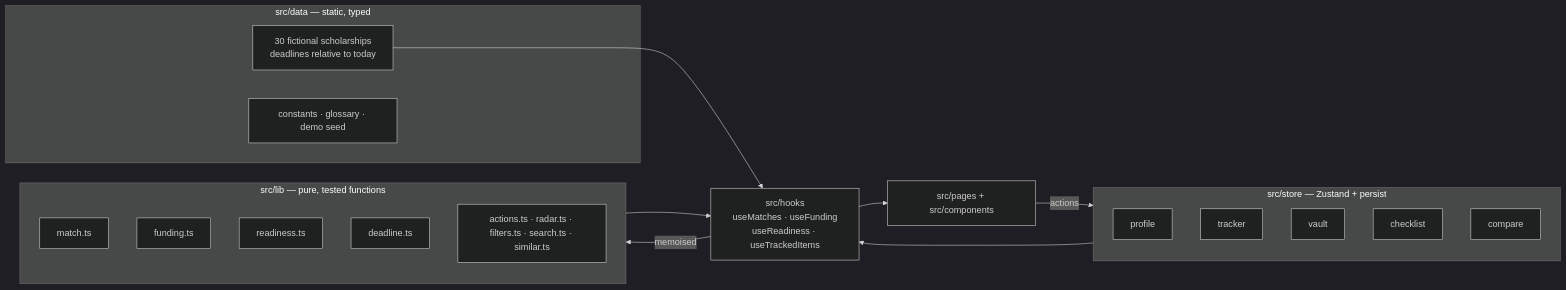
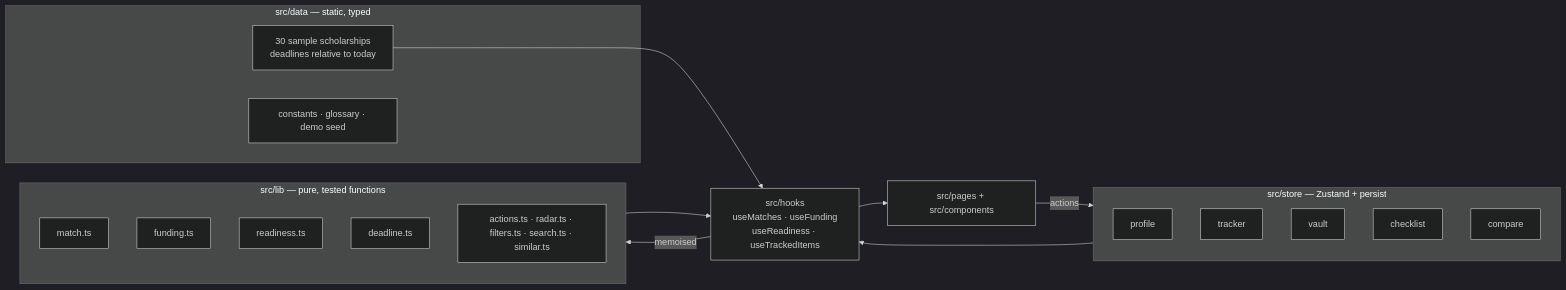
The diagram in README.md (aayushsinghthapa-cloud/grantly), drawn with Mermaid (dark theme) before and after one commit. The commit also changed other lines of this file and 37 other files, not shown here.

````diff
--- a/README.md
+++ b/README.md
@@ -144,30 +170,30 @@
 ```mermaid
 flowchart LR
   subgraph Data["src/data — static, typed"]
-    S[30 fictional scholarships<br/>deadlines relative to today]
+    S[30 sample scholarships<br/>deadlines relative to today]
     C[constants · glossary · demo seed]
   end
   subgraph Store["src/store — Zustand + persist"]
     P[profile]
     T[tracker]
     V[vault]
     K[checklist]
     X[compare]
   end
   subgraph Lib["src/lib — pure, tested functions"]
     M[match.ts]
     F[funding.ts]
     R[readiness.ts]
     D[deadline.ts]
     A[actions.ts · radar.ts · filters.ts · search.ts · similar.ts]
   end
   H[src/hooks<br/>useMatches · useFunding<br/>useReadiness · useTrackedItems]
   UI[src/pages + src/components]
 
   S --> H
   Store --> H
   H -->|memoised| Lib
   Lib --> H
   H --> UI
   UI -->|actions| Store
 ```
````
